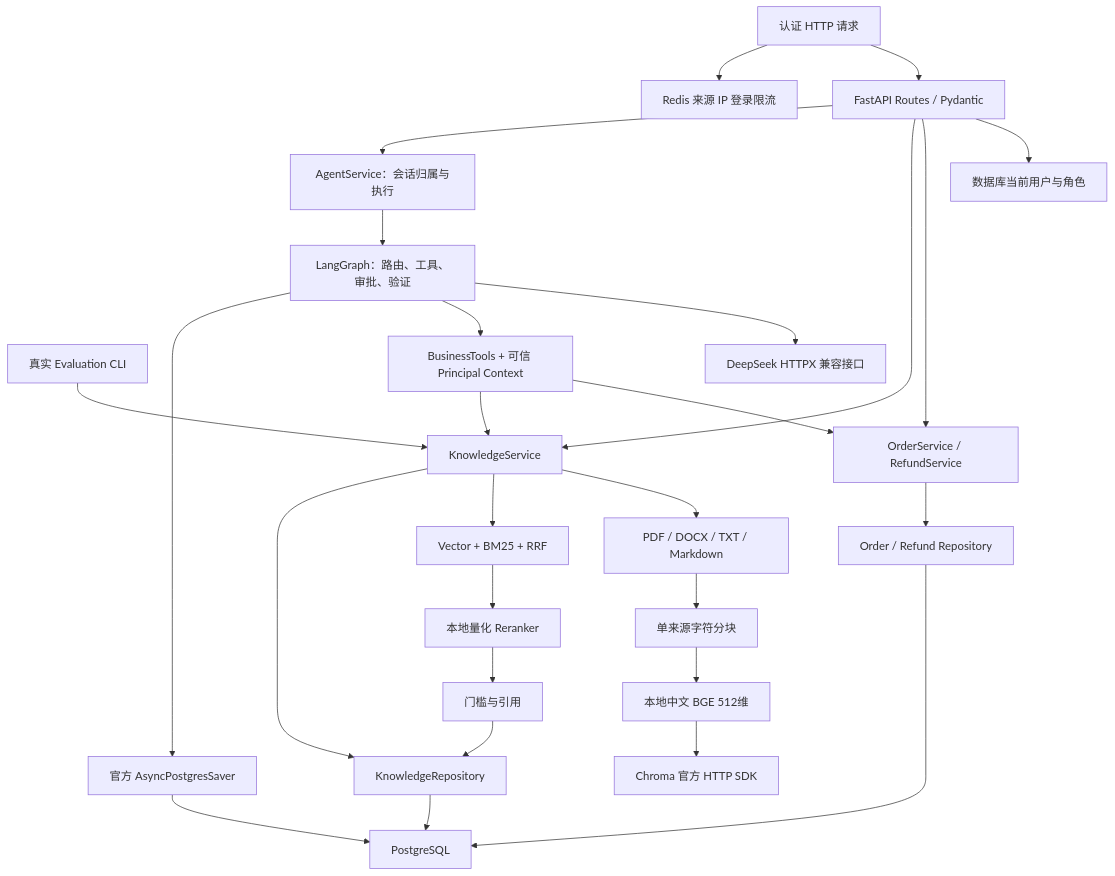
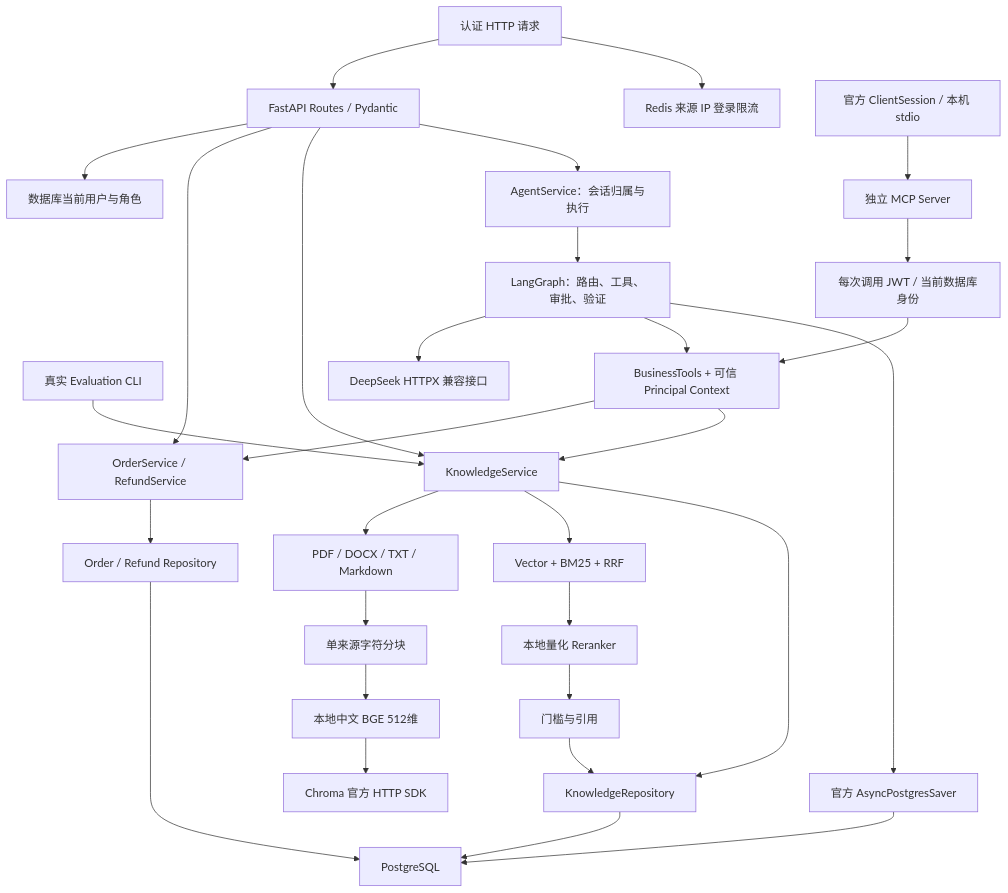
One commit to zjhwwwl/EnterpriseAgent changed the first of 2 diagrams in docs/architecture.md. Above: the diagram before and after it, drawn with Mermaid. The commit also changed other lines of this file and 35 other files, not shown here.

Commit message:
feat: add authenticated read-only MCP server and client (phase 5)

````diff
--- a/docs/architecture.md
+++ b/docs/architecture.md
@@ -9,30 +9,33 @@
 ```mermaid
 flowchart TD
     HTTP["认证 HTTP 请求"] --> API["FastAPI Routes / Pydantic"]
     API --> AUTH["数据库当前用户与角色"]
     API --> ORDER["OrderService / RefundService"]
     ORDER --> REPO["Order / Refund Repository"]
     REPO --> DB["PostgreSQL"]
 
     API --> KNOW["KnowledgeService"]
     KNOW --> PARSE["PDF / DOCX / TXT / Markdown"]
     PARSE --> CHUNKS["单来源字符分块"]
     CHUNKS --> EMBED["本地中文 BGE 512维"]
     EMBED --> STORE["Chroma 官方 HTTP SDK"]
     KNOW --> RANK["Vector + BM25 + RRF"]
     RANK --> CROSS["本地量化 Reranker"]
     CROSS --> CITE["门槛与引用"]
     KNOW --> KREPO["KnowledgeRepository"]
     KREPO --> DB
     CITE --> KREPO
     HTTP --> REDIS["Redis 来源 IP 登录限流"]
     EVAL["真实 Evaluation CLI"] --> KNOW
     API --> AGENT["AgentService：会话归属与执行"]
     AGENT --> GRAPH["LangGraph：路由、工具、审批、验证"]
     GRAPH --> LLM["DeepSeek HTTPX 兼容接口"]
     GRAPH --> TOOLS["BusinessTools + 可信 Principal Context"]
     TOOLS --> ORDER
     TOOLS --> KNOW
     GRAPH --> CHECKPOINT["官方 AsyncPostgresSaver"]
     CHECKPOINT --> DB
+    MCPCLIENT["官方 ClientSession / 本机 stdio"] --> MCP["独立 MCP Server"]
+    MCP --> MAUTH["每次调用 JWT / 当前数据库身份"]
+    MAUTH --> TOOLS
 ```
````
